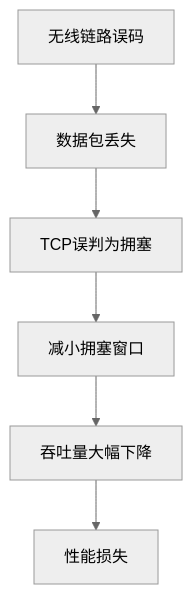
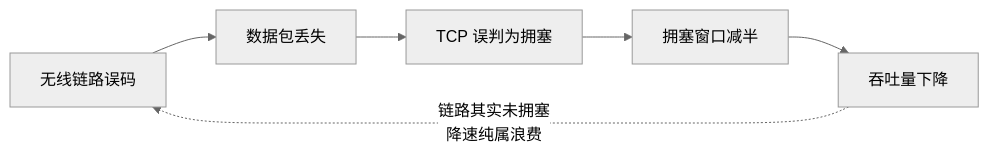
One commit to Dtheme/CS-base changed the first of 8 diagrams in 计算机网络/7.8无线网络：协议影响.md. Above: the diagram before and after it, drawn with Mermaid (neutral theme). The commit also changed other lines of this file and 51 other files, not shown here.

````diff
--- a/计算机网络/7.8无线网络：协议影响.md
+++ b/计算机网络/7.8无线网络：协议影响.md
@@ -97,15 +100,8 @@
 ```mermaid
-graph TB
-    Error["无线链路误码"]
-    Loss["数据包丢失"]
-    Misjudge["TCP误判为拥塞"]
-    Reduce["减小拥塞窗口"]
-    Degrade["吞吐量大幅下降"]
-    Result["性能损失"]
-    
-    Error --> Loss
-    Loss --> Misjudge
-    Misjudge --> Reduce
-    Reduce --> Degrade
-    Degrade --> Result
+graph LR
+    Error["无线链路误码"] --> Loss["数据包丢失"]
+    Loss --> Misjudge["TCP 误判为拥塞"]
+    Misjudge --> Reduce["拥塞窗口减半"]
+    Reduce --> Degrade["吞吐量下降"]
+    Degrade -.->|"链路其实未拥塞<br/>降速纯属浪费"| Error
 ```
````
